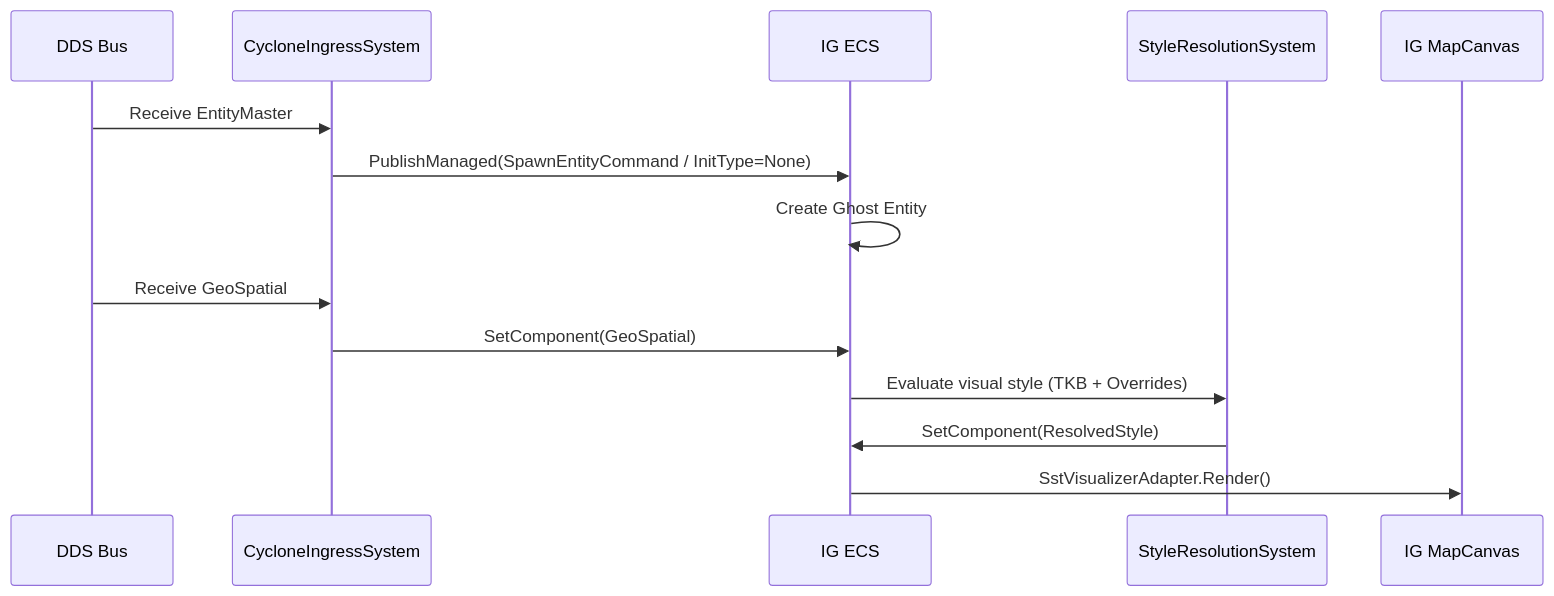
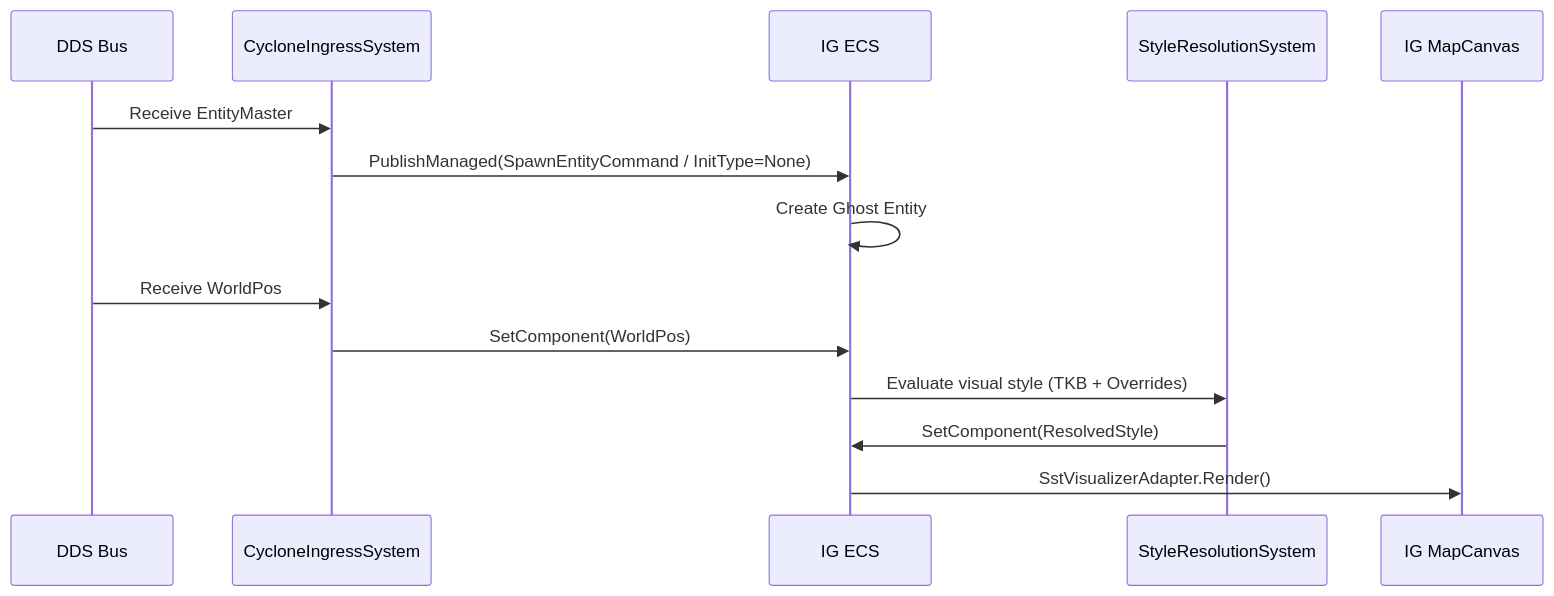
One commit to pjanec/HROT changed the second of 6 diagrams in .dev/others/DESIGN-Integration-Troubleshooting.md. Above: the diagram before and after it, drawn with Mermaid. The commit also changed other lines of this file and 1539 other files, not shown here.

````diff
--- a/.dev/others/DESIGN-Integration-Troubleshooting.md
+++ b/.dev/others/DESIGN-Integration-Troubleshooting.md
@@ -248,17 +248,17 @@
 ```mermaid
 sequenceDiagram
     participant DDS as DDS Bus
     participant Ingress as CycloneIngressSystem
     participant ECS as IG ECS
     participant Style as StyleResolutionSystem
     participant Render as IG MapCanvas
 
     DDS->>Ingress: Receive EntityMaster
     Ingress->>ECS: PublishManaged(SpawnEntityCommand / InitType=None)
     ECS->>ECS: Create Ghost Entity
-    DDS->>Ingress: Receive GeoSpatial
-    Ingress->>ECS: SetComponent(GeoSpatial)
+    DDS->>Ingress: Receive WorldPos
+    Ingress->>ECS: SetComponent(WorldPos)
     ECS->>Style: Evaluate visual style (TKB + Overrides)
     Style->>ECS: SetComponent(ResolvedStyle)
     ECS->>Render: SstVisualizerAdapter.Render()
 ```
````
